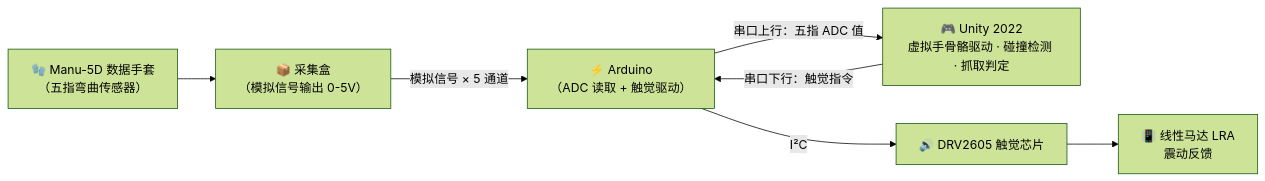
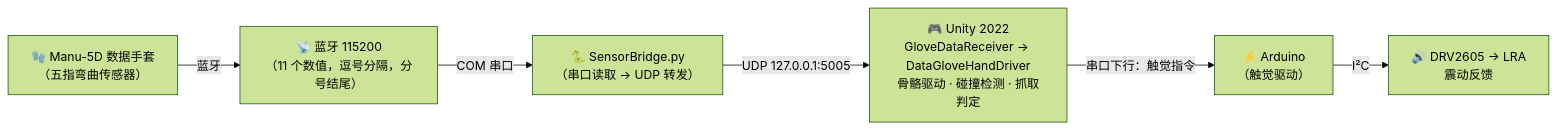
The diagram in README.md (Eijiurus/Unity-Haptic-Hands), drawn with Mermaid (forest theme) before and after one commit. The commit also changed other lines of this file and 3 other files, not shown here.

````diff
--- a/README.md
+++ b/README.md
@@ -9,16 +9,15 @@
 ```mermaid
 flowchart LR
     A["🧤 Manu-5D 数据手套\n（五指弯曲传感器）"]
-    B["📦 采集盒\n（模拟信号输出 0-5V）"]
-    C["⚡ Arduino\n（ADC 读取 + 触觉驱动）"]
-    D["🎮 Unity 2022\n虚拟手骨骼驱动 · 碰撞检测 · 抓取判定"]
-    E["🔊 DRV2605 触觉芯片"]
-    F["📳 线性马达 LRA\n震动反馈"]
+    B["📡 蓝牙 115200\n（11 个数值，逗号分隔，分号结尾）"]
+    C["🐍 SensorBridge.py\n（串口读取 → UDP 转发）"]
+    D["🎮 Unity 2022\nGloveDataReceiver → DataGloveHandDriver\n骨骼驱动 · 碰撞检测 · 抓取判定"]
+    E["⚡ Arduino\n（触觉驱动）"]
+    F["🔊 DRV2605 → LRA\n震动反馈"]
 
-    A --> B
-    B -->|"模拟信号 × 5 通道"| C
-    C -->|"串口上行：五指 ADC 值"| D
-    D -->|"串口下行：触觉指令"| C
-    C -->|I²C| E
-    E --> F
+    A -->|蓝牙| B
+    B -->|"COM 串口"| C
+    C -->|"UDP 127.0.0.1:5005"| D
+    D -->|"串口下行：触觉指令"| E
+    E -->|I²C| F
 ```
````
